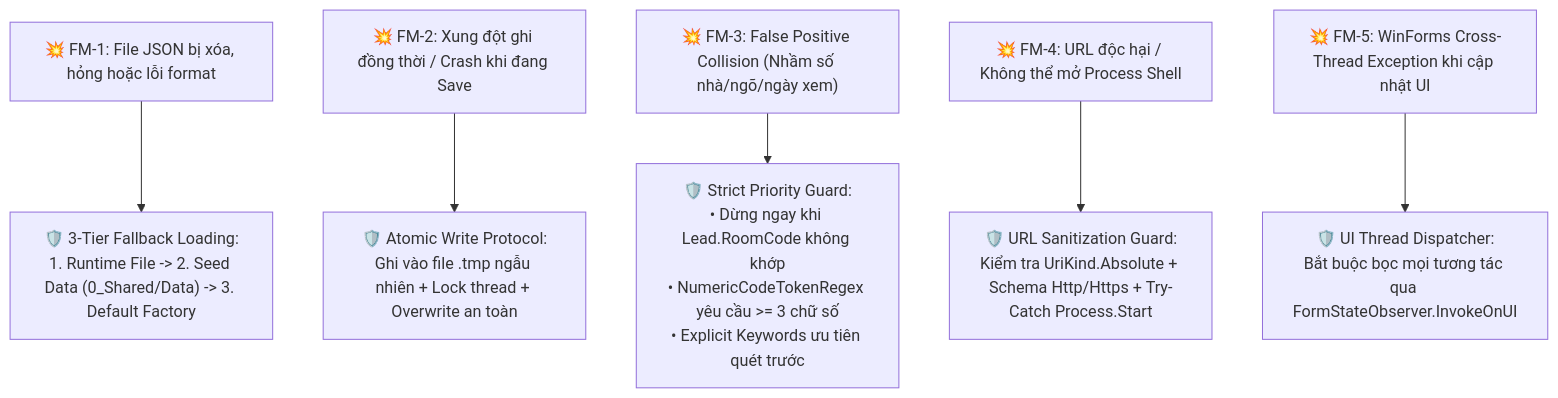
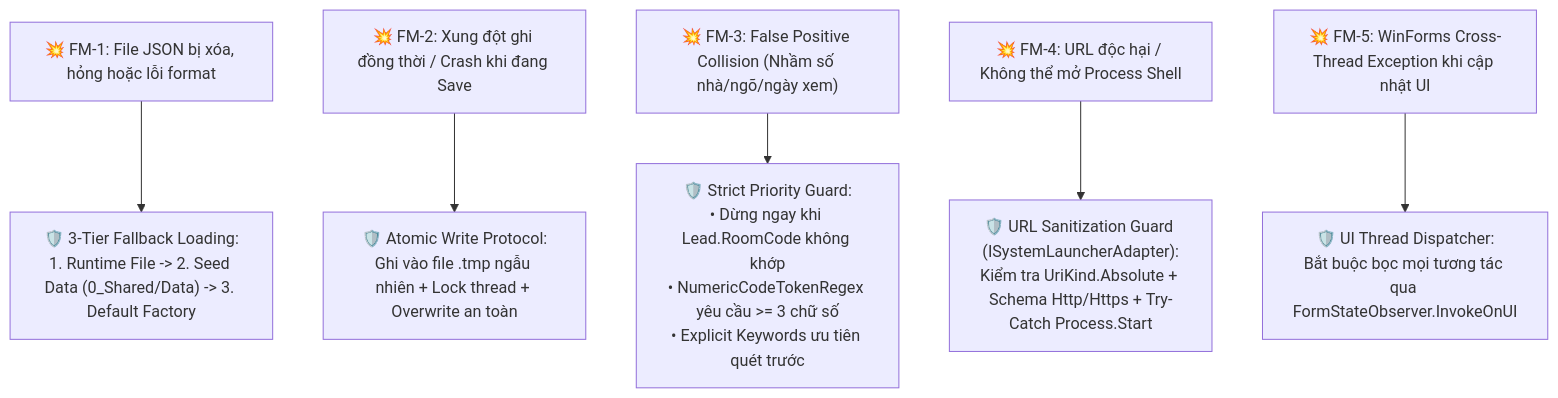
Before and after one commit to vuthuonghai-steve/Sale_extension: the fifth of 6 diagrams in app_native_desktop/app_forms/Docs/Maps/02_Special_Room_Mapping_Mindmap.md, drawn with Mermaid. The commit also changed other lines of this file, not shown here.

Commit message:
docs(maps): update special room mapping mindmap with clean architecture and flat naming pattern

````diff
--- a/app_native_desktop/app_forms/Docs/Maps/02_Special_Room_Mapping_Mindmap.md
+++ b/app_native_desktop/app_forms/Docs/Maps/02_Special_Room_Mapping_Mindmap.md
@@ -313,8 +355,8 @@
 ```mermaid
 graph TD
     FM1["💥 FM-1: File JSON bị xóa, hỏng hoặc lỗi format"] --> S1["🛡️ 3-Tier Fallback Loading:<br/>1. Runtime File -> 2. Seed Data (0_Shared/Data) -> 3. Default Factory"]
     FM2["💥 FM-2: Xung đột ghi đồng thời / Crash khi đang Save"] --> S2["🛡️ Atomic Write Protocol:<br/>Ghi vào file .tmp ngẫu nhiên + Lock thread + Overwrite an toàn"]
     FM3["💥 FM-3: False Positive Collision (Nhầm số nhà/ngõ/ngày xem)"] --> S3["🛡️ Strict Priority Guard:<br/>• Dừng ngay khi Lead.RoomCode không khớp<br/>• NumericCodeTokenRegex yêu cầu >= 3 chữ số<br/>• Explicit Keywords ưu tiên quét trước"]
-    FM4["💥 FM-4: URL độc hại / Không thể mở Process Shell"] --> S4["🛡️ URL Sanitization Guard:<br/>Kiểm tra UriKind.Absolute + Schema Http/Https + Try-Catch Process.Start"]
+    FM4["💥 FM-4: URL độc hại / Không thể mở Process Shell"] --> S4["🛡️ URL Sanitization Guard (ISystemLauncherAdapter):<br/>Kiểm tra UriKind.Absolute + Schema Http/Https + Try-Catch Process.Start"]
     FM5["💥 FM-5: WinForms Cross-Thread Exception khi cập nhật UI"] --> S5["🛡️ UI Thread Dispatcher:<br/>Bắt buộc bọc mọi tương tác qua FormStateObserver.InvokeOnUI"]
 ```
````
